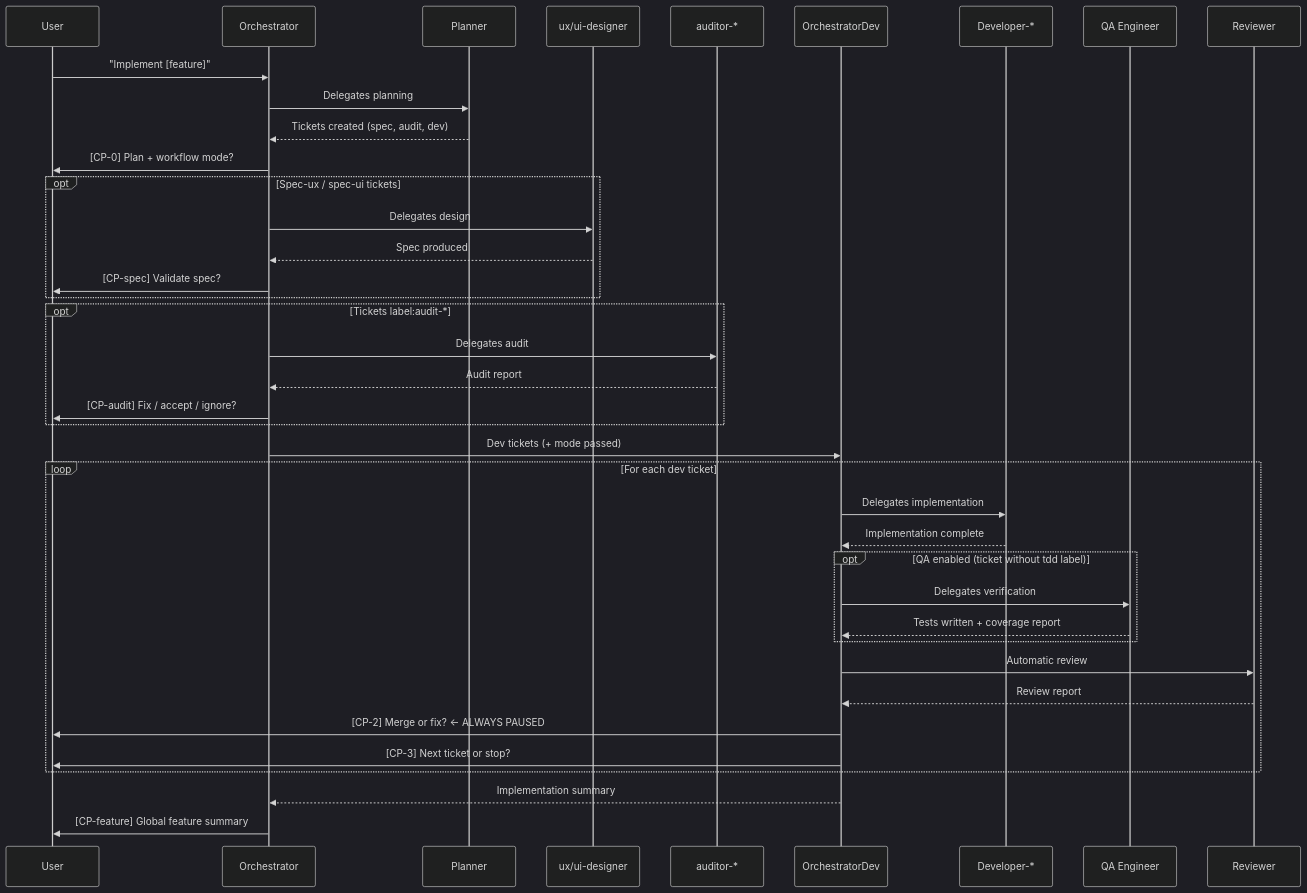
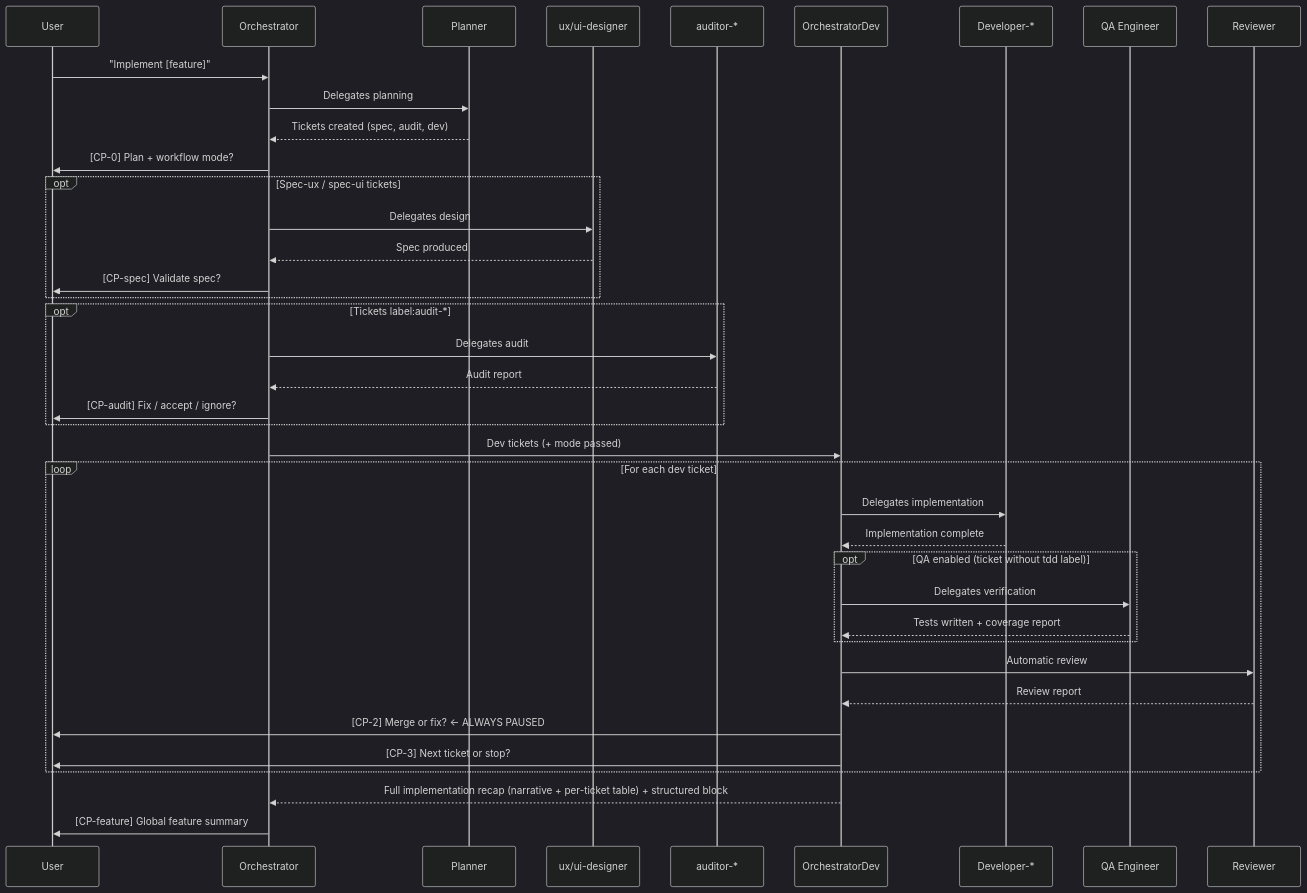
Before and after one commit to datichb/opencode-hub: the second of 3 diagrams in docs/architecture/overview.en.md, drawn with Mermaid (dark theme). The commit also changed 7 other files, not shown here.

````diff
--- a/docs/architecture/overview.en.md
+++ b/docs/architecture/overview.en.md
@@ -72,46 +72,46 @@
 ```mermaid
 sequenceDiagram
     participant U as User
     participant O as Orchestrator
     participant PL as Planner
     participant DS as ux/ui-designer
     participant AU as auditor-*
     participant OD as OrchestratorDev
     participant DEV as Developer-*
     participant QA as QA Engineer
     participant R as Reviewer
 
     U->>O: "Implement [feature]"
     O->>PL: Delegates planning
     PL-->>O: Tickets created (spec, audit, dev)
     O->>U: [CP-0] Plan + workflow mode?
 
     opt Spec-ux / spec-ui tickets
         O->>DS: Delegates design
         DS-->>O: Spec produced
         O->>U: [CP-spec] Validate spec?
     end
 
     opt Tickets label:audit-*
         O->>AU: Delegates audit
         AU-->>O: Audit report
         O->>U: [CP-audit] Fix / accept / ignore?
     end
 
     O->>OD: Dev tickets (+ mode passed)
     loop For each dev ticket
         OD->>DEV: Delegates implementation
         DEV-->>OD: Implementation complete
         opt QA enabled (ticket without tdd label)
             OD->>QA: Delegates verification
             QA-->>OD: Tests written + coverage report
         end
         OD->>R: Automatic review
         R-->>OD: Review report
         OD->>U: [CP-2] Merge or fix? ← ALWAYS PAUSED
         OD->>U: [CP-3] Next ticket or stop?
     end
-    OD-->>O: Implementation summary
+    OD-->>O: Full implementation recap (narrative + per-ticket table) + structured block
 
     O->>U: [CP-feature] Global feature summary
 ```
````
